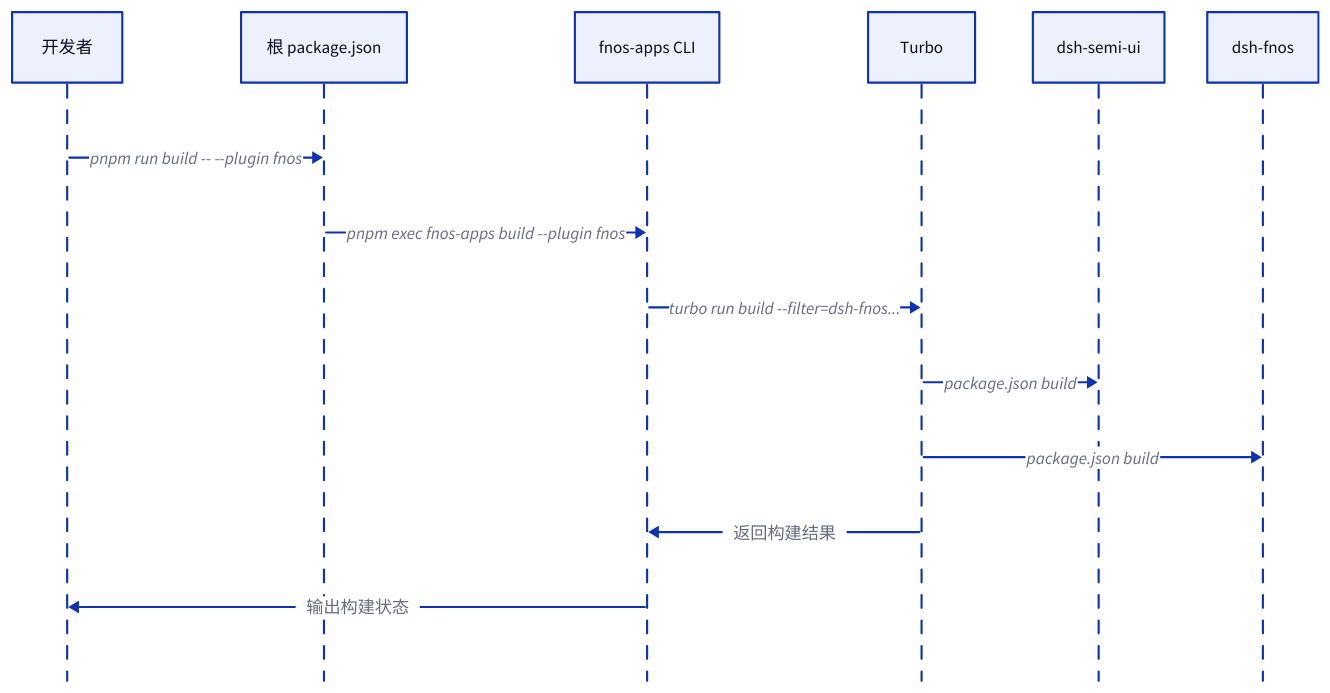
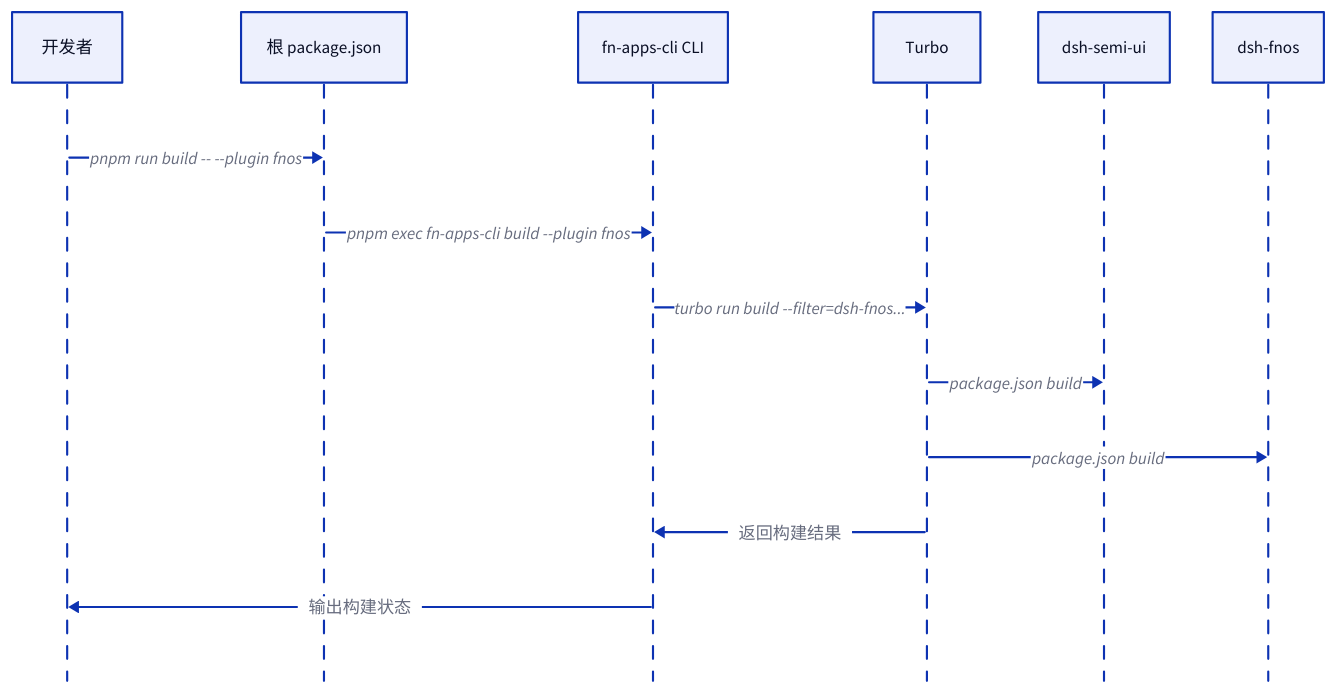
Diagram 12 of 13 in docs/development/package-tasks-and-turbo.md (tnnevol/fn-os-apps), drawn with D2 before and after one commit. The commit also changed other lines of this file and 32 other files, not shown here.

````diff
--- a/docs/development/package-tasks-and-turbo.md
+++ b/docs/development/package-tasks-and-turbo.md
@@ -77,17 +434,17 @@
 ```d2
 developer: 开发者
 root: 根 package.json
-cli: fnos-apps CLI
+cli: fn-apps-cli CLI
 turbo: Turbo
 semi: dsh-semi-ui
 plugin: dsh-fnos
 
 shape: sequence_diagram
 developer -> root: pnpm run build -- --plugin fnos
-root -> cli: pnpm exec fnos-apps build --plugin fnos
+root -> cli: pnpm exec fn-apps-cli build --plugin fnos
 cli -> turbo: turbo run build --filter=dsh-fnos...
 turbo -> semi: package.json build
 turbo -> plugin: package.json build
 turbo -> cli: 返回构建结果
 cli -> developer: 输出构建状态
 ```
````
